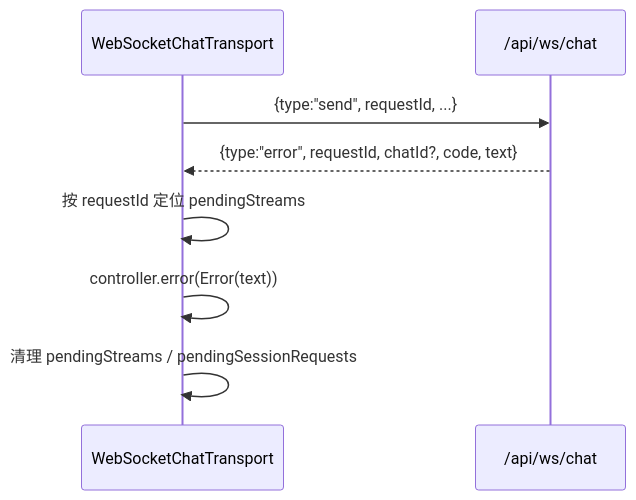
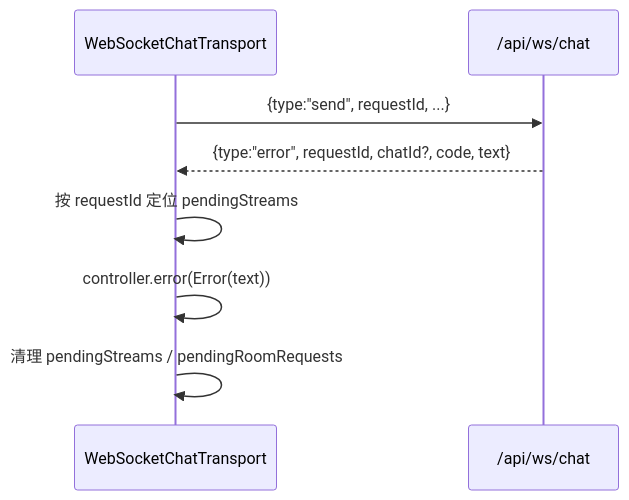
The fourth of 4 diagrams in docs/content/WEBSOCKET_CHAT.md (joseplin0/clawme), drawn with Mermaid before and after one commit. The commit also changed other lines of this file and 34 other files, not shown here.

First line of the commit message:
feat: unify room creation flow

````diff
--- a/docs/content/WEBSOCKET_CHAT.md
+++ b/docs/content/WEBSOCKET_CHAT.md
@@ -225,11 +227,11 @@
 ```mermaid
 sequenceDiagram
     participant T as WebSocketChatTransport
     participant WS as /api/ws/chat
 
     T->>WS: {type:"send", requestId, ...}
     WS-->>T: {type:"error", requestId, chatId?, code, text}
     T->>T: 按 requestId 定位 pendingStreams
     T->>T: controller.error(Error(text))
-    T->>T: 清理 pendingStreams / pendingSessionRequests
+    T->>T: 清理 pendingStreams / pendingRoomRequests
 ```
````
